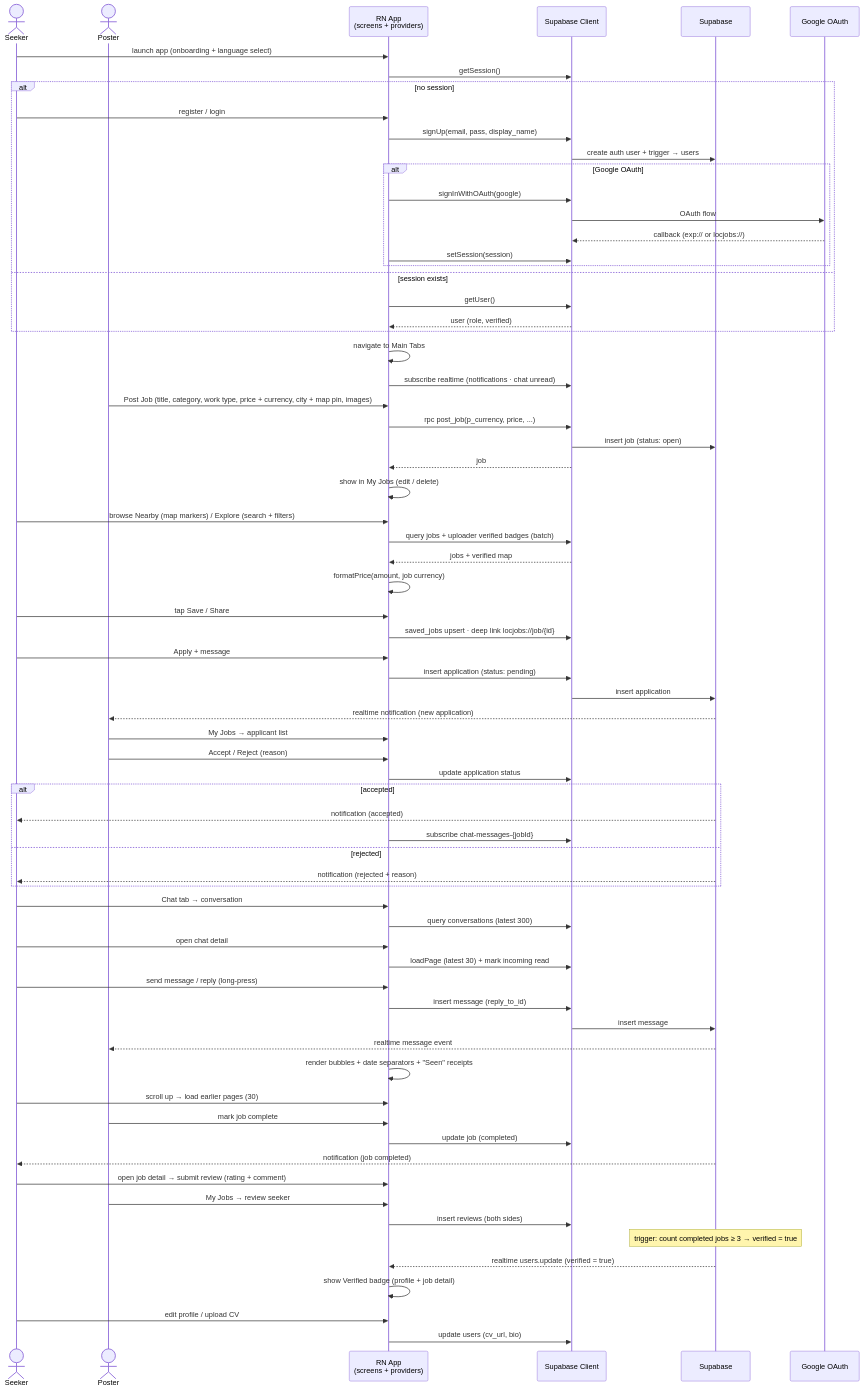
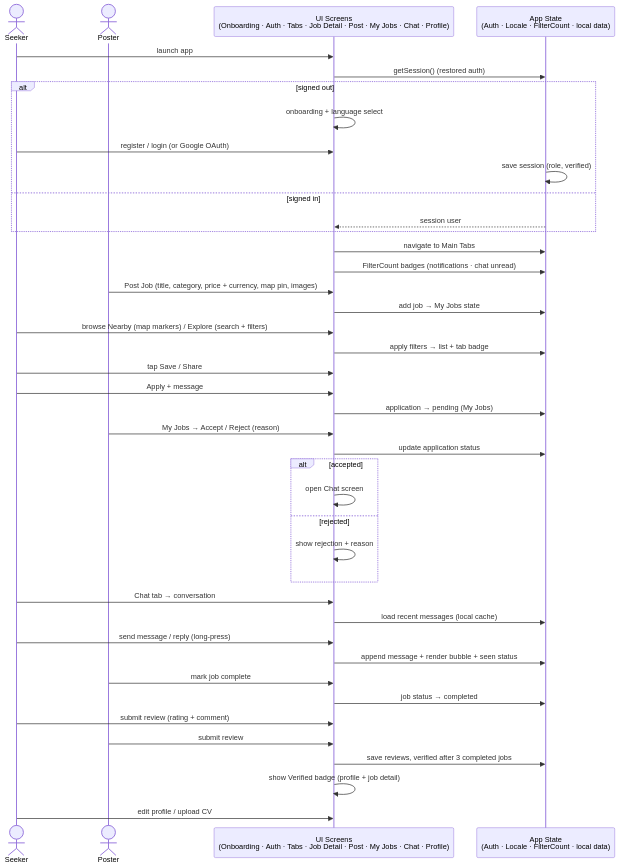
One commit to phyothant-dev/loc-jobs changed the fourth of 5 diagrams in DIAGRAMS.md. Above: the diagram before and after it, drawn with Mermaid. The commit also changed other lines of this file and 1 other file, not shown here.

Commit message:
docs: make sequence diagram frontend-only (no Supabase)

````diff
--- a/DIAGRAMS.md
+++ b/DIAGRAMS.md
@@ -332,77 +332,46 @@
 ```mermaid
 sequenceDiagram
     actor Seeker
     actor Poster
-    participant APP as RN App<br/>(screens + providers)
-    participant API as Supabase Client
-    participant SB as Supabase
-    participant G as Google OAuth
+    participant UI as UI Screens<br/>(Onboarding · Auth · Tabs · Job Detail · Post · My Jobs · Chat · Profile)
+    participant ST as App State<br/>(Auth · Locale · FilterCount · local data)
 
-    Seeker->>APP: launch app (onboarding + language select)
-    APP->>API: getSession()
-    alt no session
-        Seeker->>APP: register / login
-        APP->>API: signUp(email, pass, display_name)
-        API->>SB: create auth user + trigger → users
-        alt Google OAuth
-            APP->>API: signInWithOAuth(google)
-            API->>G: OAuth flow
-            G-->>API: callback (exp:// or locjobs://)
-            APP->>API: setSession(session)
-        end
-    else session exists
-        APP->>API: getUser()
-        API-->>APP: user (role, verified)
+    Seeker->>UI: launch app
+    UI->>ST: getSession() (restored auth)
+    alt signed out
+        UI->>UI: onboarding + language select
+        Seeker->>UI: register / login (or Google OAuth)
+        ST->>ST: save session (role, verified)
+    else signed in
+        ST-->>UI: session user
     end
-    APP->>APP: navigate to Main Tabs
-    APP->>API: subscribe realtime (notifications · chat unread)
+    UI->>ST: navigate to Main Tabs
+    UI->>ST: FilterCount badges (notifications · chat unread)
 
-    Poster->>APP: Post Job (title, category, work type, price + currency, city + map pin, images)
-    APP->>API: rpc post_job(p_currency, price, ...)
-    API->>SB: insert job (status: open)
-    API-->>APP: job
-    APP->>APP: show in My Jobs (edit / delete)
-
-    Seeker->>APP: browse Nearby (map markers) / Explore (search + filters)
-    APP->>API: query jobs + uploader verified badges (batch)
-    API-->>APP: jobs + verified map
-    APP->>APP: formatPrice(amount, job currency)
-    Seeker->>APP: tap Save / Share
-    APP->>API: saved_jobs upsert · deep link locjobs://job/{id}
-    Seeker->>APP: Apply + message
-    APP->>API: insert application (status: pending)
-    API->>SB: insert application
-    SB-->>Poster: realtime notification (new application)
-    Poster->>APP: My Jobs → applicant list
-    Poster->>APP: Accept / Reject (reason)
-    APP->>API: update application status
+    Poster->>UI: Post Job (title, category, price + currency, map pin, images)
+    UI->>ST: add job → My Jobs state
+    Seeker->>UI: browse Nearby (map markers) / Explore (search + filters)
+    UI->>ST: apply filters → list + tab badge
+    Seeker->>UI: tap Save / Share
+    Seeker->>UI: Apply + message
+    UI->>ST: application → pending (My Jobs)
+    Poster->>UI: My Jobs → Accept / Reject (reason)
+    UI->>ST: update application status
     alt accepted
-        SB-->>Seeker: notification (accepted)
-        APP->>API: subscribe chat-messages-{jobId}
+        UI->>UI: open Chat screen
     else rejected
-        SB-->>Seeker: notification (rejected + reason)
+        UI->>UI: show rejection + reason
     end
 
-    Seeker->>APP: Chat tab → conversation
-    APP->>API: query conversations (latest 300)
-    Seeker->>APP: open chat detail
-    APP->>API: loadPage (latest 30) + mark incoming read
-    Seeker->>APP: send message / reply (long-press)
-    APP->>API: insert message (reply_to_id)
-    API->>SB: insert message
-    SB-->>Poster: realtime message event
-    APP->>APP: render bubbles + date separators + "Seen" receipts
-    Seeker->>APP: scroll up → load earlier pages (30)
-
-    Poster->>APP: mark job complete
-    APP->>API: update job (completed)
-    SB-->>Seeker: notification (job completed)
-    Seeker->>APP: open job detail → submit review (rating + comment)
-    Poster->>APP: My Jobs → review seeker
-    APP->>API: insert reviews (both sides)
-    Note over SB: trigger: count completed jobs ≥ 3 → verified = true
-    SB-->>APP: realtime users.update (verified = true)
-    APP->>APP: show Verified badge (profile + job detail)
-    Seeker->>APP: edit profile / upload CV
-    APP->>API: update users (cv_url, bio)
+    Seeker->>UI: Chat tab → conversation
+    UI->>ST: load recent messages (local cache)
+    Seeker->>UI: send message / reply (long-press)
+    UI->>ST: append message + render bubble + seen status
+    Poster->>UI: mark job complete
+    UI->>ST: job status → completed
+    Seeker->>UI: submit review (rating + comment)
+    Poster->>UI: submit review
+    UI->>ST: save reviews, verified after 3 completed jobs
+    UI->>UI: show Verified badge (profile + job detail)
+    Seeker->>UI: edit profile / upload CV
 ```
````
